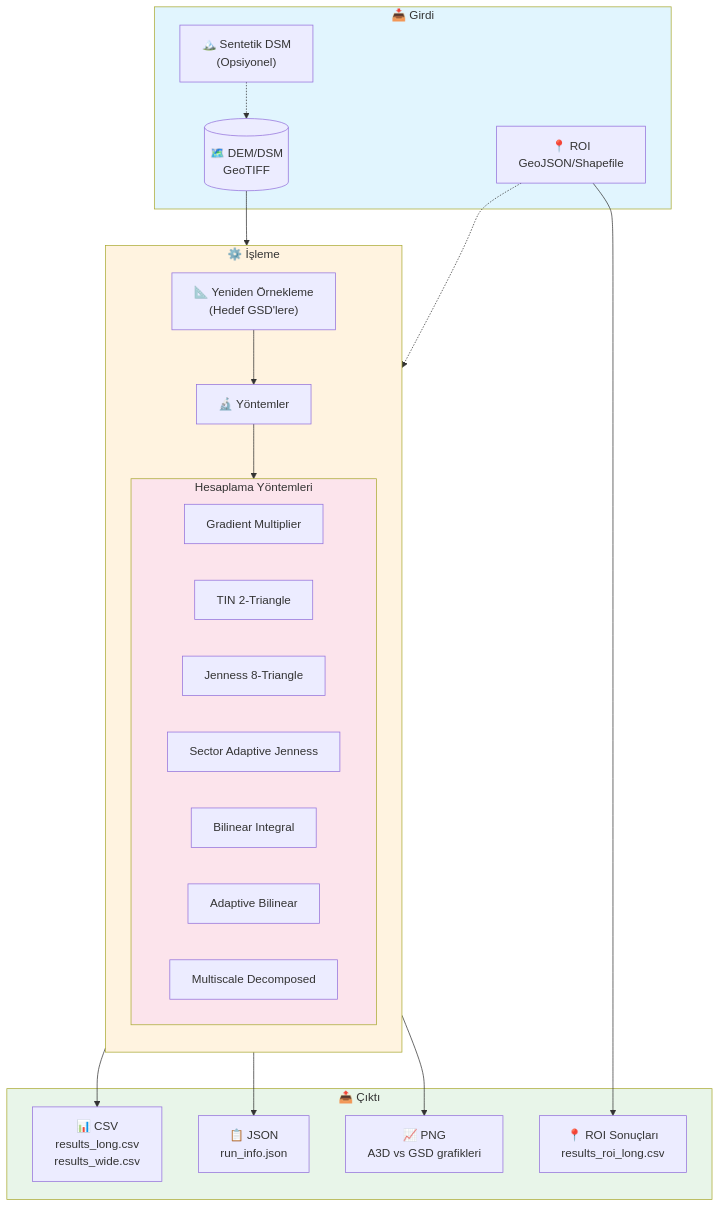
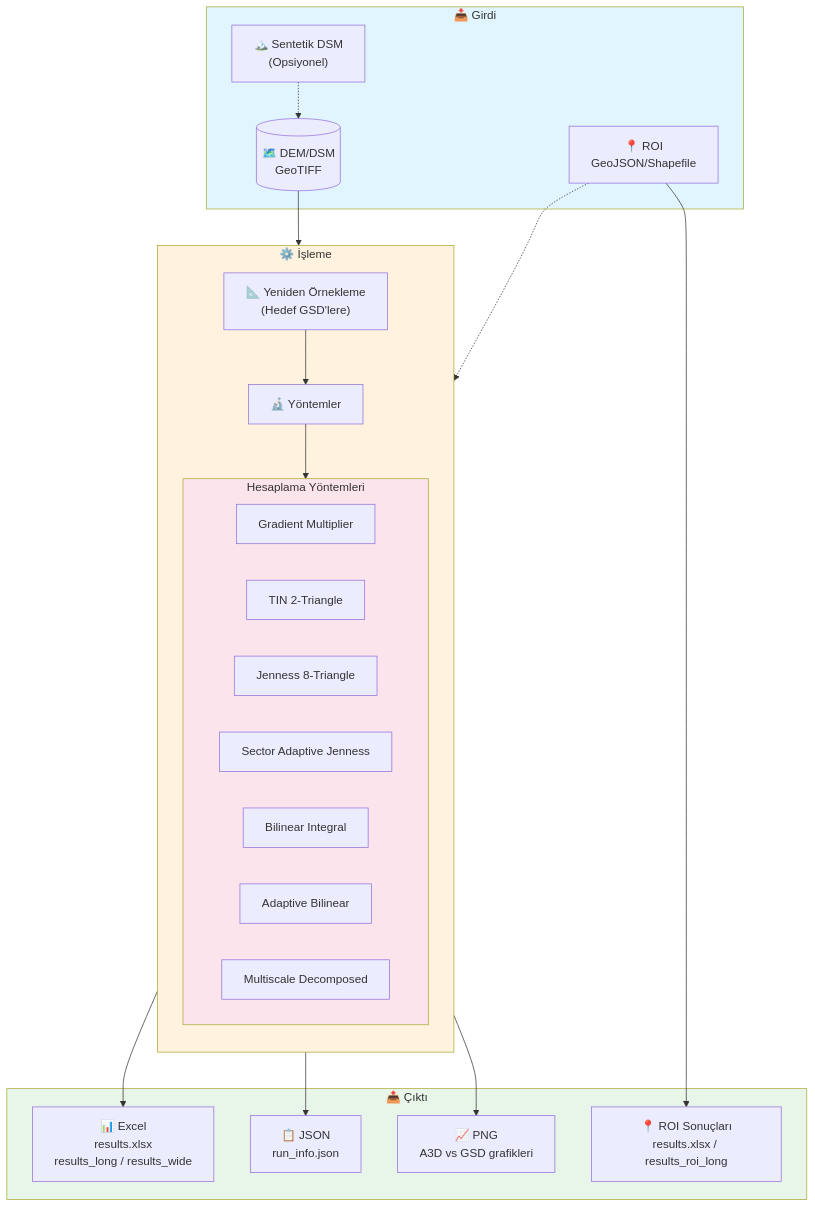
The first of 2 diagrams in README.md (elestirmen/yuzey_alani_hesaplama), drawn with Mermaid before and after one commit. The commit also changed other lines of this file and 4 other files, not shown here.

First line of the commit message:
Update output formats in README.md and implement Excel support in results generation

````diff
--- a/README.md
+++ b/README.md
@@ -131,47 +131,47 @@
 ```mermaid
 flowchart TB
     subgraph INPUT["📥 Girdi"]
         DEM[("🗺️ DEM/DSM<br/>GeoTIFF")]
         SYNTH["🏔️ Sentetik DSM<br/>(Opsiyonel)"]
         ROI["📍 ROI<br/>GeoJSON/Shapefile"]
     end
 
     subgraph PROCESS["⚙️ İşleme"]
         direction TB
         RESAMPLE["📐 Yeniden Örnekleme<br/>(Hedef GSD'lere)"]
         METHODS["🔬 Yöntemler"]
         
         subgraph METHODS_DETAIL["Hesaplama Yöntemleri"]
             M1["Gradient Multiplier"]
             M2["TIN 2-Triangle"]
             M3["Jenness 8-Triangle"]
             M4["Sector Adaptive Jenness"]
             M5["Bilinear Integral"]
             M6["Adaptive Bilinear"]
             M7["Multiscale Decomposed"]
         end
     end
 
     subgraph OUTPUT["📤 Çıktı"]
-        CSV["📊 CSV<br/>results_long.csv<br/>results_wide.csv"]
+        XLSX["📊 Excel<br/>results.xlsx<br/>results_long / results_wide"]
         JSON["📋 JSON<br/>run_info.json"]
         PLOTS["📈 PNG<br/>A3D vs GSD grafikleri"]
-        ROI_OUT["📍 ROI Sonuçları<br/>results_roi_long.csv"]
+        ROI_OUT["📍 ROI Sonuçları<br/>results.xlsx / results_roi_long"]
     end
 
     DEM --> RESAMPLE
     SYNTH -.-> DEM
     RESAMPLE --> METHODS
     METHODS --> METHODS_DETAIL
     ROI -.-> METHODS
     
-    METHODS_DETAIL --> CSV
+    METHODS_DETAIL --> XLSX
     METHODS_DETAIL --> JSON
     METHODS_DETAIL --> PLOTS
     ROI --> ROI_OUT
 
     style INPUT fill:#e1f5fe
     style PROCESS fill:#fff3e0
     style OUTPUT fill:#e8f5e9
     style METHODS_DETAIL fill:#fce4ec
 ```
````
